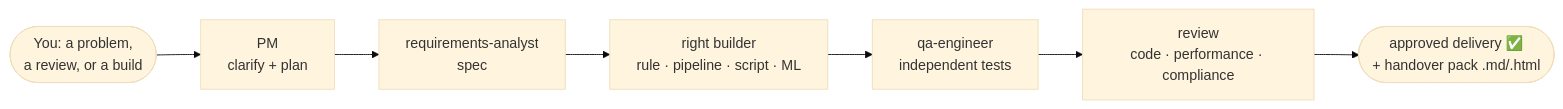
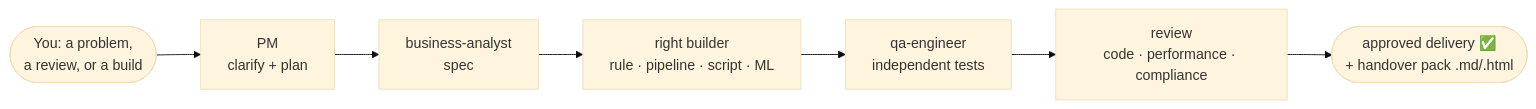
One commit to danieledge/virtual-surv-IT changed the diagram in README.md. Above: the diagram before and after it, drawn with Mermaid (base theme). The commit also changed other lines of this file and 26 other files, not shown here.

First line of the commit message:
Phase 2 (DA/BA expansion): business-analyst (BABOK) + BA/DA skills & templates

````diff
--- a/README.md
+++ b/README.md
@@ -47,9 +47,9 @@
 ```mermaid
 flowchart LR
     You([You: a problem,<br/>a review, or a build]) --> PM[PM<br/>clarify + plan]
-    PM --> RA[requirements-analyst<br/>spec]
+    PM --> RA[business-analyst<br/>spec]
     RA --> Build[right builder<br/>rule · pipeline · script · ML]
     Build --> QA[qa-engineer<br/>independent tests]
     QA --> Rev[review<br/>code · performance · compliance]
     Rev --> Done([approved delivery ✅<br/>+ handover pack .md/.html])
 ```
````
